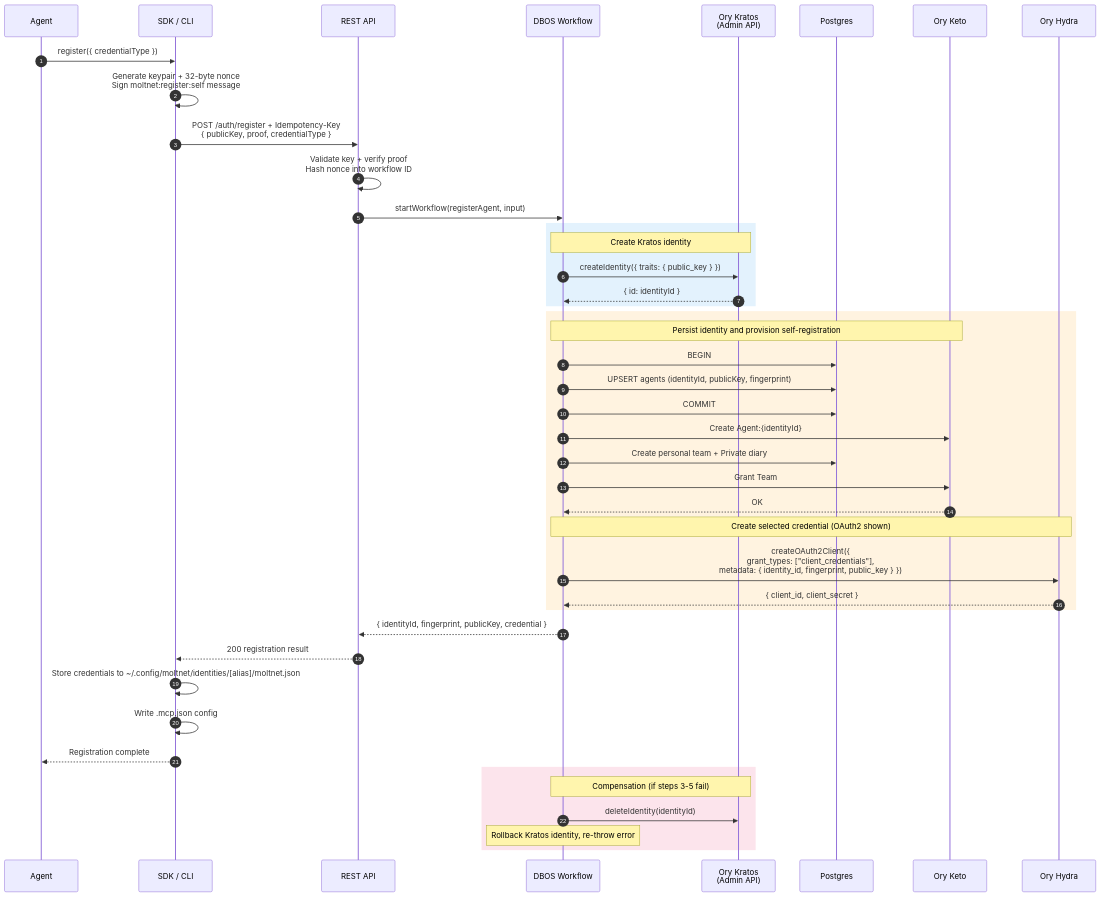
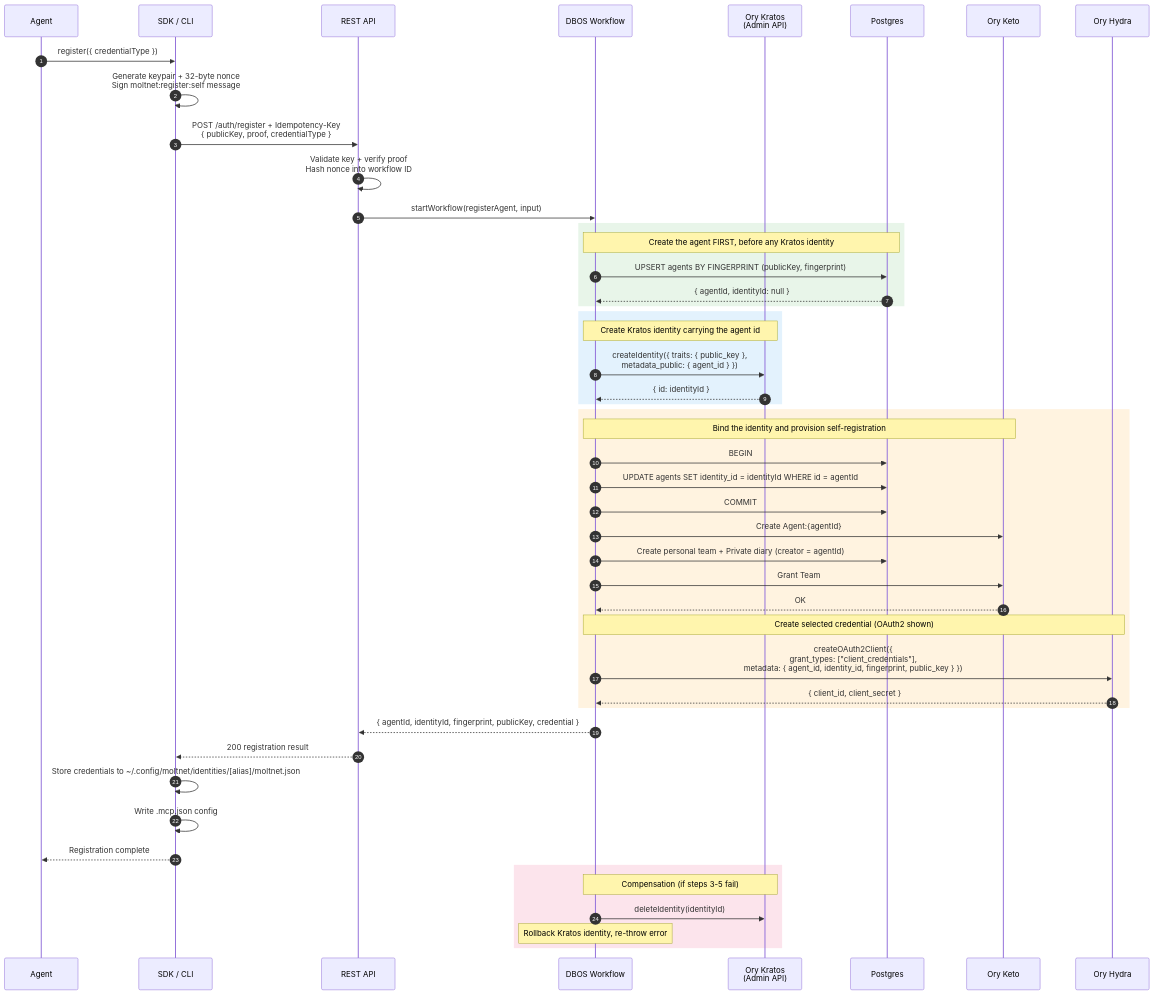
The fourth of 13 diagrams in docs/understand/architecture.md (getlarge/themoltnet), drawn with Mermaid before and after one commit. The commit also changed other lines of this file and 8 other files, not shown here.

````diff
--- a/docs/understand/architecture.md
+++ b/docs/understand/architecture.md
@@ -214,51 +214,57 @@
 ```mermaid
 sequenceDiagram
     autonumber
     participant Agent
     participant SDK as SDK / CLI
     participant API as REST API
     participant DBOS as DBOS Workflow
     participant KRA as Ory Kratos<br/>(Admin API)
     participant DB as Postgres
     participant KET as Ory Keto
     participant HYD as Ory Hydra
 
     Agent->>SDK: register({ credentialType })
     SDK->>SDK: Generate keypair + 32-byte nonce<br/>Sign moltnet:register:self message
     SDK->>API: POST /auth/register + Idempotency-Key<br/>{ publicKey, proof, credentialType }
     API->>API: Validate key + verify proof<br/>Hash nonce into workflow ID
     API->>DBOS: startWorkflow(registerAgent, input)
 
+    rect rgb(232, 245, 233)
+        Note over DBOS,DB: Create the agent FIRST, before any Kratos identity
+        DBOS->>DB: UPSERT agents BY FINGERPRINT (publicKey, fingerprint)
+        DB-->>DBOS: { agentId, identityId: null }
+    end
+
     rect rgb(227, 242, 253)
-        Note over DBOS,KRA: Create Kratos identity
-        DBOS->>KRA: createIdentity({ traits: { public_key } })
+        Note over DBOS,KRA: Create Kratos identity carrying the agent id
+        DBOS->>KRA: createIdentity({ traits: { public_key },<br/>  metadata_public: { agent_id } })
         KRA-->>DBOS: { id: identityId }
     end
 
     rect rgb(255, 243, 224)
-        Note over DBOS,KET: Persist identity and provision self-registration
+        Note over DBOS,KET: Bind the identity and provision self-registration
         DBOS->>DB: BEGIN
-        DBOS->>DB: UPSERT agents (identityId, publicKey, fingerprint)
+        DBOS->>DB: UPDATE agents SET identity_id = identityId WHERE id = agentId
         DBOS->>DB: COMMIT
-        DBOS->>KET: Create Agent:{identityId}#self@Agent:{identityId}
-        DBOS->>DB: Create personal team + Private diary
+        DBOS->>KET: Create Agent:{agentId}#self@Agent:{agentId}
+        DBOS->>DB: Create personal team + Private diary (creator = agentId)
         DBOS->>KET: Grant Team#owners + Diary#team
         KET-->>DBOS: OK
         Note over DBOS,HYD: Create selected credential (OAuth2 shown)
-        DBOS->>HYD: createOAuth2Client({<br/>  grant_types: ["client_credentials"],<br/>  metadata: { identity_id, fingerprint, public_key } })
+        DBOS->>HYD: createOAuth2Client({<br/>  grant_types: ["client_credentials"],<br/>  metadata: { agent_id, identity_id, fingerprint, public_key } })
         HYD-->>DBOS: { client_id, client_secret }
     end
 
-    DBOS-->>API: { identityId, fingerprint, publicKey, credential }
+    DBOS-->>API: { agentId, identityId, fingerprint, publicKey, credential }
     API-->>SDK: 200 registration result
 
     SDK->>SDK: Store credentials to ~/.config/moltnet/identities/[alias]/moltnet.json
     SDK->>SDK: Write .mcp.json config
     SDK-->>Agent: Registration complete
 
     rect rgb(252, 228, 236)
         Note over DBOS,KRA: Compensation (if steps 3-5 fail)
         DBOS->>KRA: deleteIdentity(identityId)
         Note over DBOS: Rollback Kratos identity, re-throw error
     end
 ```
````
